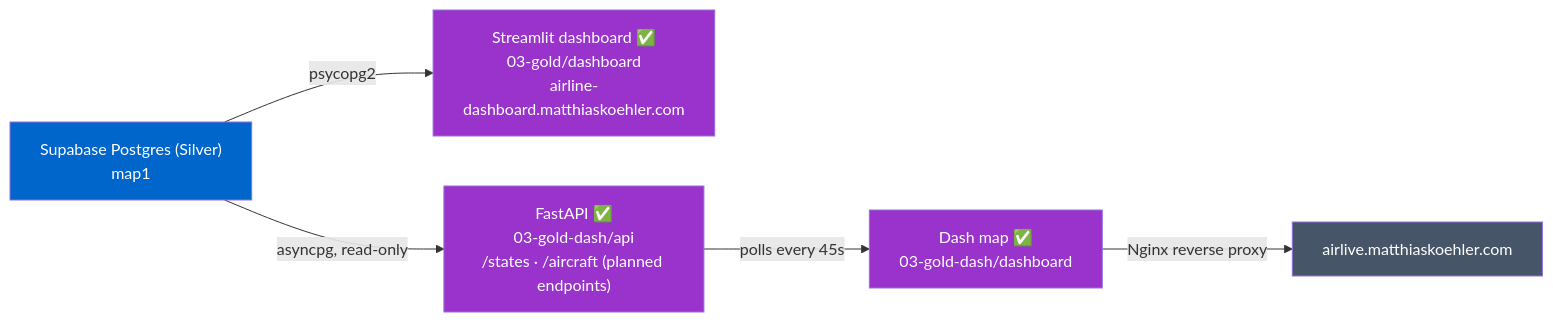
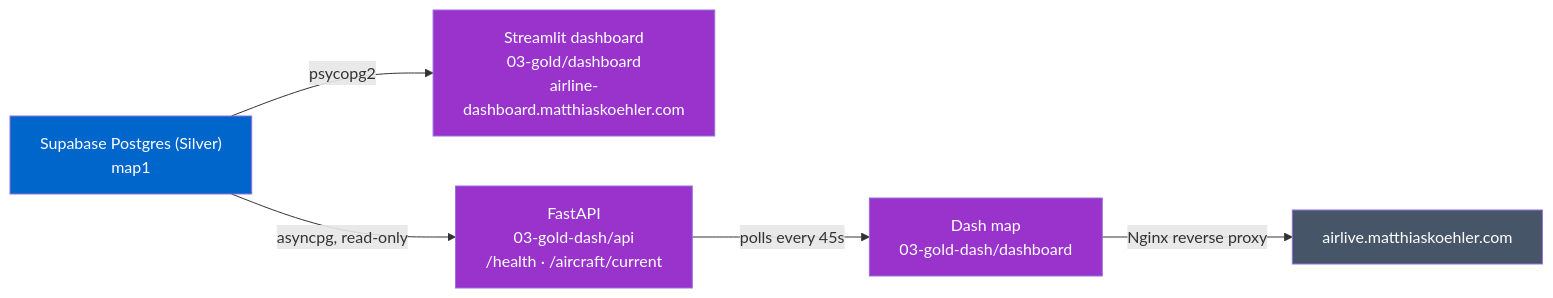
The third of 6 diagrams in docs/architecture/README.md (MatthiasSails/airline-data-platform), drawn with Mermaid before and after one commit. The commit also changed other lines of this file, not shown here.

First line of the commit message:
docs(architecture): strip remaining planned/target content

````diff
--- a/docs/architecture/README.md
+++ b/docs/architecture/README.md
@@ -98,14 +80,14 @@
 ```mermaid
 graph LR
     PG["Supabase Postgres (Silver)<br/>map1"]
-    PG -->|psycopg2| ST["Streamlit dashboard ✅<br/>03-gold/dashboard<br/>airline-dashboard.matthiaskoehler.com"]
-    PG -->|asyncpg, read-only| API["FastAPI ✅<br/>03-gold-dash/api<br/>/states · /aircraft (planned endpoints)"]
-    API -->|polls every 45s| DASH["Dash map ✅<br/>03-gold-dash/dashboard"]
+    PG -->|psycopg2| ST["Streamlit dashboard<br/>03-gold/dashboard<br/>airline-dashboard.matthiaskoehler.com"]
+    PG -->|asyncpg, read-only| API["FastAPI<br/>03-gold-dash/api<br/>/health · /aircraft/current"]
+    API -->|polls every 45s| DASH["Dash map<br/>03-gold-dash/dashboard"]
     DASH -->|Nginx reverse proxy| TUN["airlive.matthiaskoehler.com"]
 
     style PG fill:#0066CC,color:#fff
     style ST fill:#9933CC,color:#fff
     style API fill:#9933CC,color:#fff
     style DASH fill:#9933CC,color:#fff
     style TUN fill:#475569,color:#fff
 ```
````
